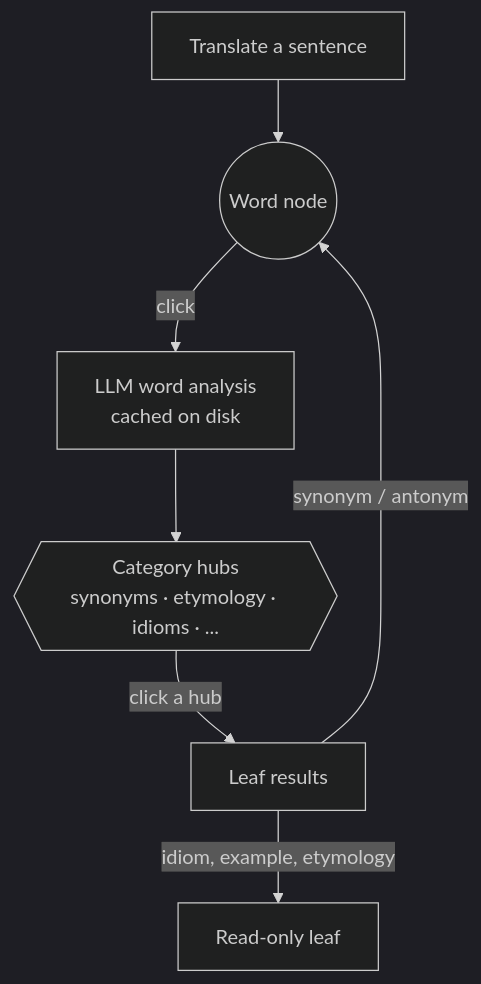
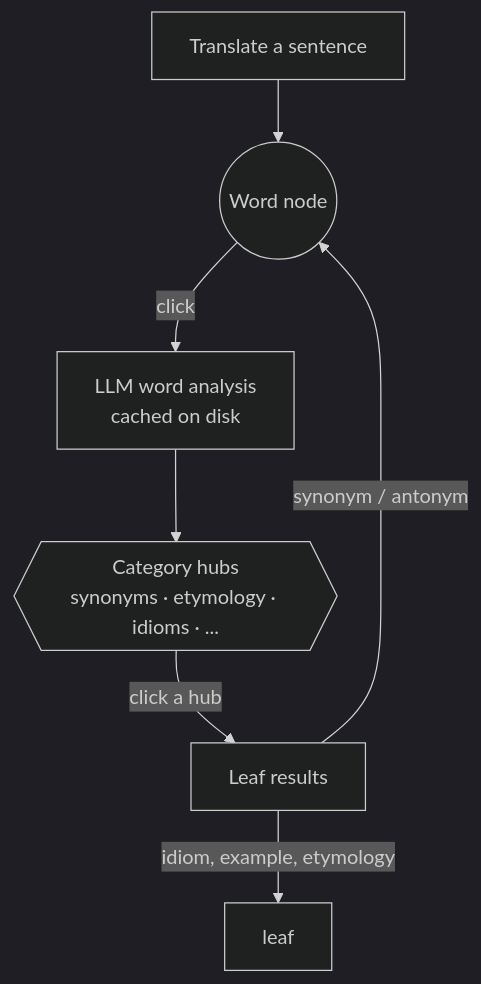
Before and after one commit to seanglynn/idiomapp_graph_web: the diagram in README.md, drawn with Mermaid (dark theme). The commit also changed other lines of this file and 1 other file, not shown here.

````diff
--- a/README.md
+++ b/README.md
@@ -134,9 +134,9 @@
 ```mermaid
 flowchart TD
     T[Translate a sentence] --> W((Word node))
     W -- click --> A[LLM word analysis<br/>cached on disk]
     A --> H{{Category hubs<br/>synonyms · etymology · idioms · ...}}
     H -- click a hub --> L[Leaf results]
     L -- synonym / antonym --> W
-    L -- idiom, example, etymology --> R[Read-only leaf]
+    L -- idiom, example, etymology --> R[leaf]
 ```
````
